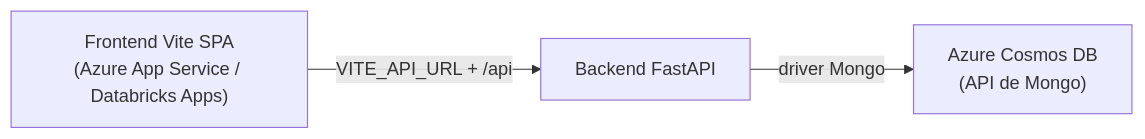
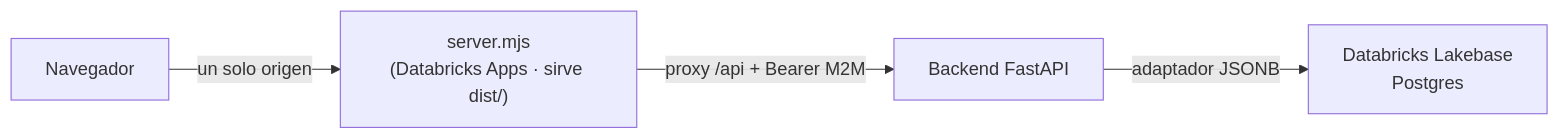
The seventh of 7 diagrams in doc/design-system.md (Carlosmps97/web-data-model-hub), drawn with Mermaid before and after one commit. The commit also changed other lines of this file and 8 other files, not shown here.

````diff
--- a/doc/design-system.md
+++ b/doc/design-system.md
@@ -681,5 +725,6 @@
 ```mermaid
 flowchart LR
-    UI["Frontend Vite SPA<br/>(Azure App Service / Databricks Apps)"] -->|"VITE_API_URL + /api"| API["Backend FastAPI"]
-    API -->|"driver Mongo"| DB["Azure Cosmos DB<br/>(API de Mongo)"]
+    B["Navegador"] -->|"un solo origen"| S["server.mjs<br/>(Databricks Apps · sirve dist/)"]
+    S -->|"proxy /api + Bearer M2M"| API["Backend FastAPI"]
+    API -->|"adaptador JSONB"| DB["Databricks Lakebase<br/>Postgres"]
 ```
````
